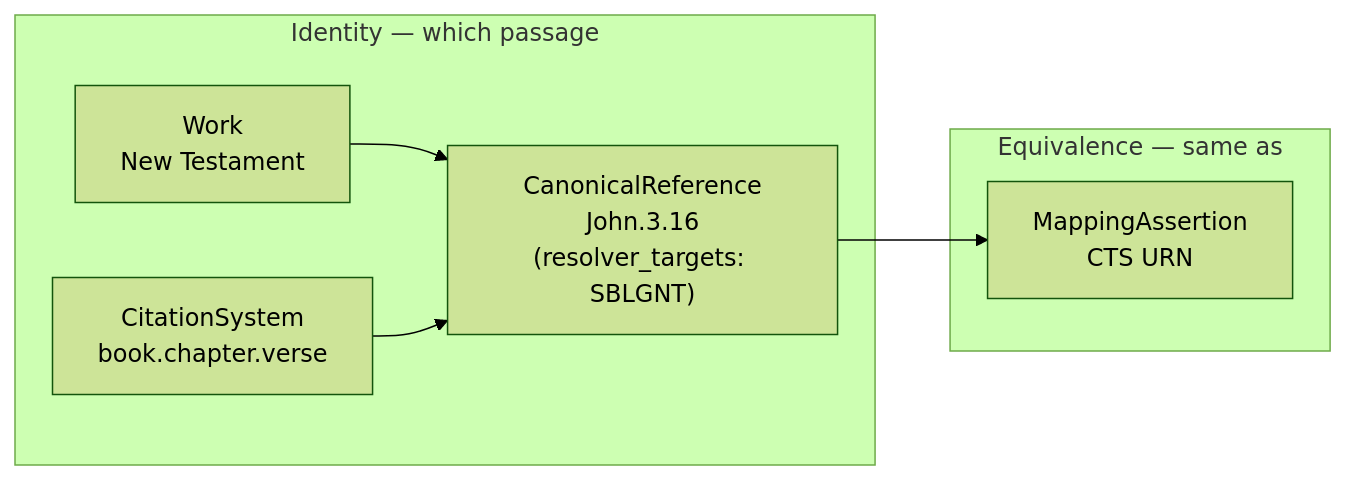
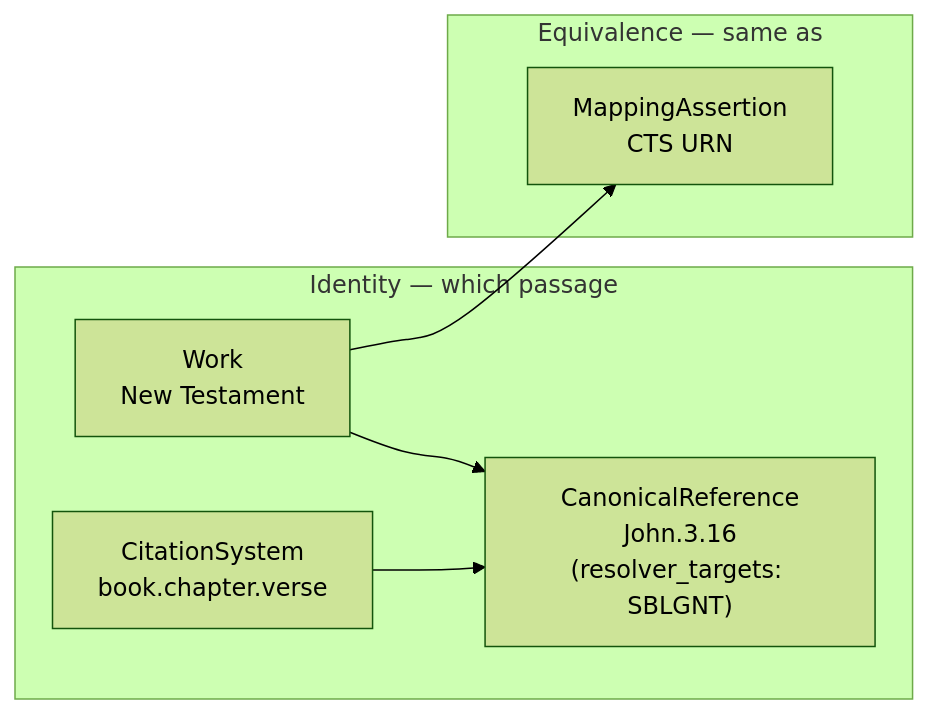
Before and after one commit to textrefs/textrefs.org: the diagram in src/content/docs/standard/index.md, drawn with Mermaid (forest theme). The commit also changed 8 other files, not shown here.

````diff
--- a/src/content/docs/standard/index.md
+++ b/src/content/docs/standard/index.md
@@ -13,14 +13,14 @@
 ```mermaid
 flowchart LR
     subgraph identity ["Identity — which passage"]
         W["Work<br/>New Testament"]
         CS["CitationSystem<br/>book.chapter.verse"]
         CR["CanonicalReference<br/>John.3.16<br/>(resolver_targets: SBLGNT)"]
         W --> CR
         CS --> CR
     end
     subgraph equivalence ["Equivalence — same as"]
         MA["MappingAssertion<br/>CTS URN"]
     end
-    CR --> MA
+    W --> MA
 ```
````
